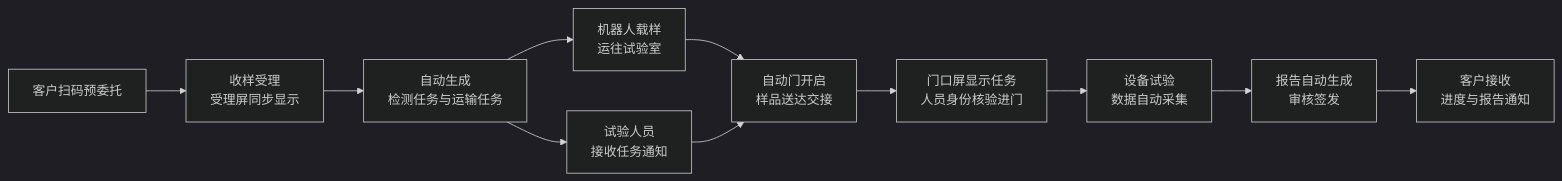
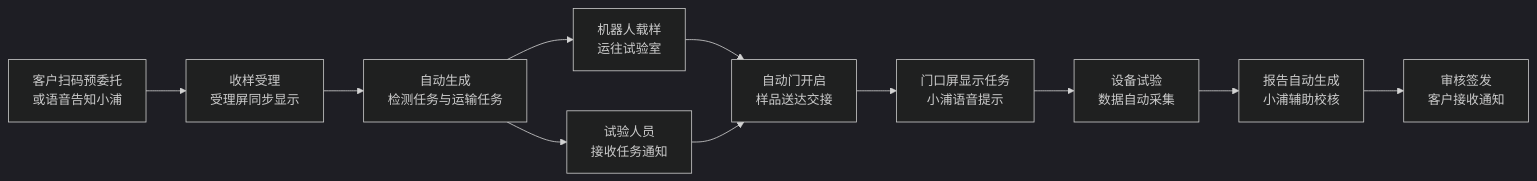
The second of 2 diagrams in 浦江/c-浦江网联智慧试验室三期建设方案.md (Mikamuise/Integrity), drawn with Mermaid (dark theme) before and after one commit. The commit also changed other lines of this file, not shown here.

````diff
--- a/浦江/c-浦江网联智慧试验室三期建设方案.md
+++ b/浦江/c-浦江网联智慧试验室三期建设方案.md
@@ -156,13 +175,13 @@
 ```mermaid
 flowchart LR
-    A[客户扫码预委托] --> B[收样受理<br/>受理屏同步显示]
+    A[客户扫码预委托<br/>或语音告知小浦] --> B[收样受理<br/>受理屏同步显示]
     B --> C[自动生成<br/>检测任务与运输任务]
     C --> D[机器人载样<br/>运往试验室]
     C --> E[试验人员<br/>接收任务通知]
     D --> F[自动门开启<br/>样品送达交接]
     E --> F
-    F --> G[门口屏显示任务<br/>人员身份核验进门]
+    F --> G[门口屏显示任务<br/>小浦语音提示]
     G --> H[设备试验<br/>数据自动采集]
-    H --> I[报告自动生成<br/>审核签发]
-    I --> J[客户接收<br/>进度与报告通知]
+    H --> I[报告自动生成<br/>小浦辅助校核]
+    I --> J[审核签发<br/>客户接收通知]
 ```
````
